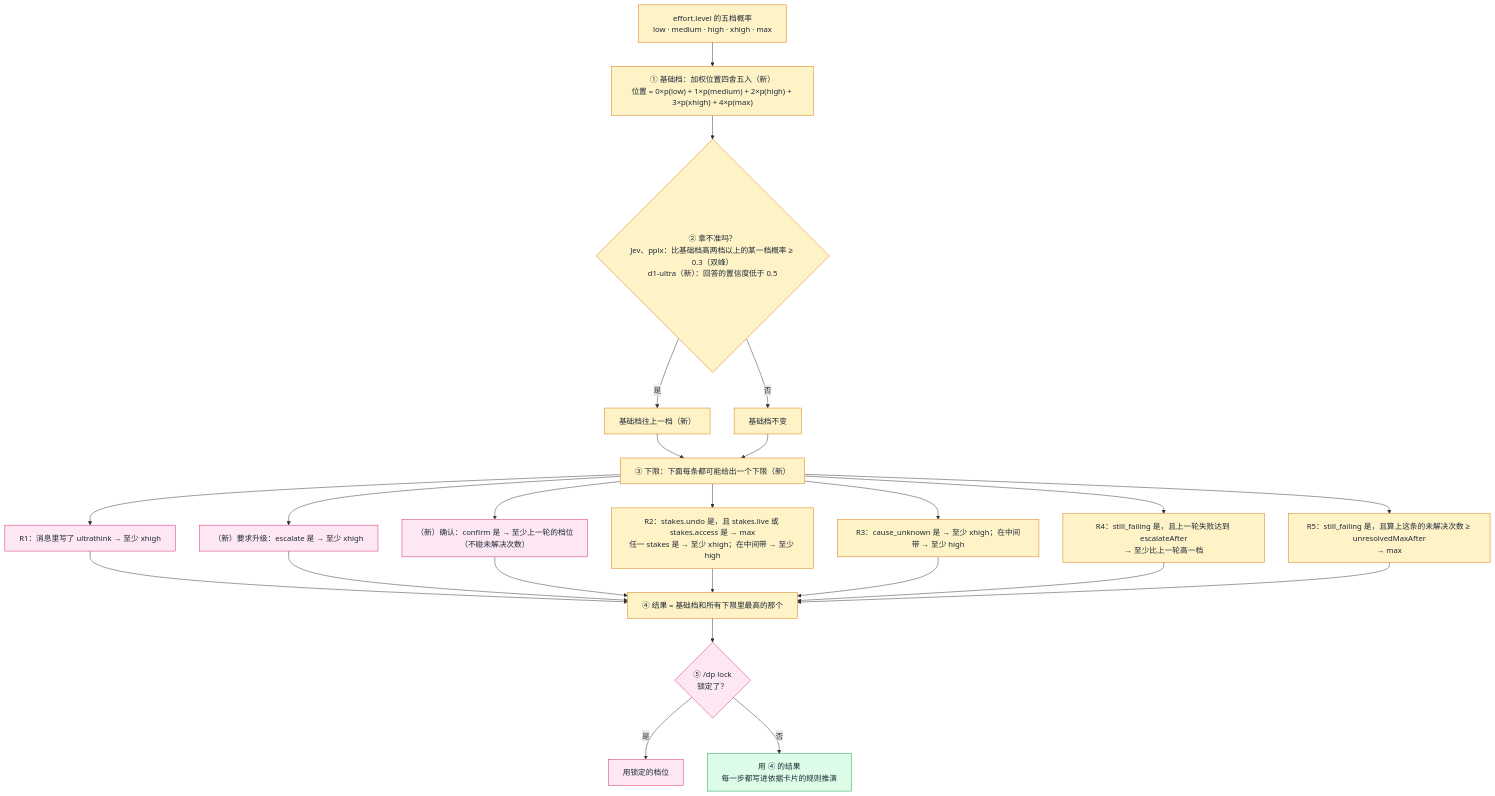
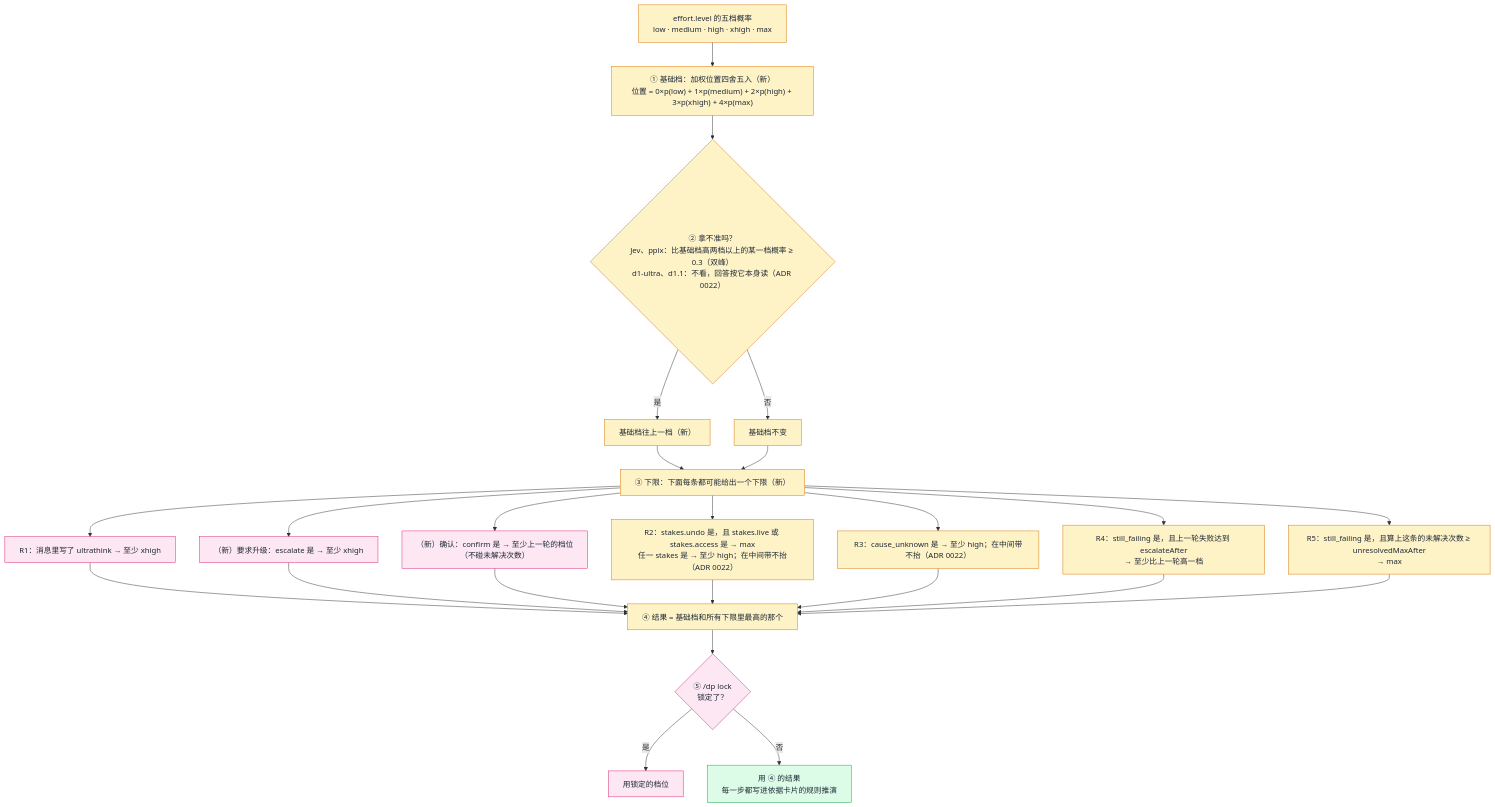
Before and after one commit to alexcz-a11y/claude-mods: the third of 9 diagrams in docs/dispatch-pilot-decision-flow-0.9.0.md, drawn with Mermaid. The commit also changed other lines of this file and 130 other files, not shown here.

````diff
--- a/docs/dispatch-pilot-decision-flow-0.9.0.md
+++ b/docs/dispatch-pilot-decision-flow-0.9.0.md
@@ -135,34 +135,34 @@
 ```mermaid
 %%{init: {"flowchart": {"wrappingWidth": 360}}}%%
 flowchart TD
     P["effort.level 的五档概率<br/>low · medium · high · xhigh · max"] --> POS["① 基础档：加权位置四舍五入（新）<br/>位置 = 0×p(low) + 1×p(medium) + 2×p(high) + 3×p(xhigh) + 4×p(max)"]
-    POS --> TWO{"② 拿不准吗？<br/>Jev、pplx：比基础档高两档以上的某一档概率 ≥ 0.3（双峰）<br/>d1-ultra（新）：回答的置信度低于 0.5"}
+    POS --> TWO{"② 拿不准吗？<br/>Jev、pplx：比基础档高两档以上的某一档概率 ≥ 0.3（双峰）<br/>d1-ultra、d1.1：不看，回答按它本身读（ADR 0022）"}
     TWO -->|"是"| UP1["基础档往上一档（新）"]
     TWO -->|否| KEEP["基础档不变"]
     UP1 --> FL["③ 下限：下面每条都可能给出一个下限（新）"]
     KEEP --> FL
     FL --> R1["R1：消息里写了 ultrathink → 至少 xhigh"]
     FL --> ESC["（新）要求升级：escalate 是 → 至少 xhigh"]
     FL --> CON["（新）确认：confirm 是 → 至少上一轮的档位<br/>（不碰未解决次数）"]
-    FL --> R2["R2：stakes.undo 是，且 stakes.live 或 stakes.access 是 → max<br/>任一 stakes 是 → 至少 xhigh；在中间带 → 至少 high"]
-    FL --> R3["R3：cause_unknown 是 → 至少 xhigh；在中间带 → 至少 high"]
+    FL --> R2["R2：stakes.undo 是，且 stakes.live 或 stakes.access 是 → max<br/>任一 stakes 是 → 至少 high；在中间带不抬（ADR 0022）"]
+    FL --> R3["R3：cause_unknown 是 → 至少 high；在中间带不抬（ADR 0022）"]
     FL --> R4["R4：still_failing 是，且上一轮失败达到 escalateAfter<br/>→ 至少比上一轮高一档"]
     FL --> R5["R5：still_failing 是，且算上这条的未解决次数 ≥ unresolvedMaxAfter<br/>→ max"]
     R1 --> RES["④ 结果 = 基础档和所有下限里最高的那个"]
     ESC --> RES
     CON --> RES
     R2 --> RES
     R3 --> RES
     R4 --> RES
     R5 --> RES
     RES --> LK{"⑤ /dp lock<br/>锁定了？"}
     LK -->|是| LKD["用锁定的档位"]
     LK -->|否| OUT["用 ④ 的结果<br/>每一步都写进依据卡片的规则推演"]
 
     classDef rule fill:#fef3c7,stroke:#d97706,color:#1f2937
     classDef out fill:#dcfce7,stroke:#16a34a,color:#1f2937
     classDef you fill:#fce7f3,stroke:#db2777,color:#1f2937
     class P,POS,TWO,UP1,KEEP,FL,R2,R3,R4,R5,RES rule
     class OUT out
     class R1,ESC,CON,LK,LKD you
 ```
````
